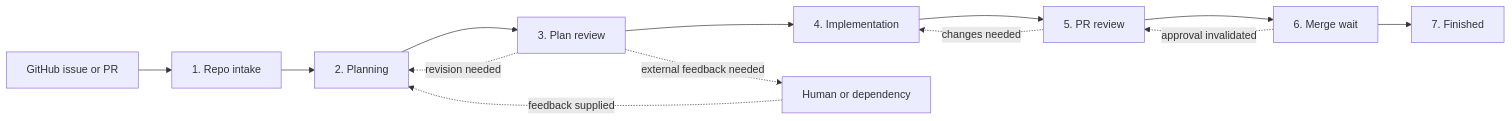
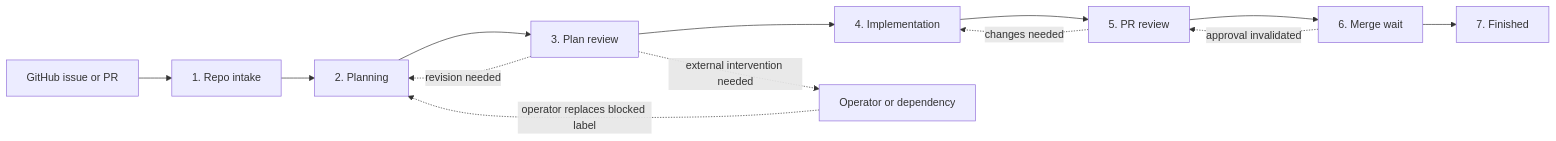
The second of 16 diagrams in docs/architecture.md (HomericIntelligence/Hephaestus), drawn with Mermaid before and after one commit. The commit also changed other lines of this file and 29 other files, not shown here.

````diff
--- a/docs/architecture.md
+++ b/docs/architecture.md
@@ -508,16 +511,16 @@
 ```mermaid
 flowchart LR
     GH["GitHub issue or PR"] --> R["1. Repo intake"]
     R --> P["2. Planning"]
     P --> V["3. Plan review"]
     V --> I["4. Implementation"]
     I --> Q["5. PR review"]
     Q --> M["6. Merge wait"]
     M --> F["7. Finished"]
 
     V -. "revision needed" .-> P
-    V -. "external feedback needed" .-> H["Human or dependency"]
-    H -. "feedback supplied" .-> P
+    V -. "external intervention needed" .-> H["Operator or dependency"]
+    H -. "operator replaces blocked label" .-> P
     Q -. "changes needed" .-> I
     M -. "approval invalidated" .-> Q
 ```
````
